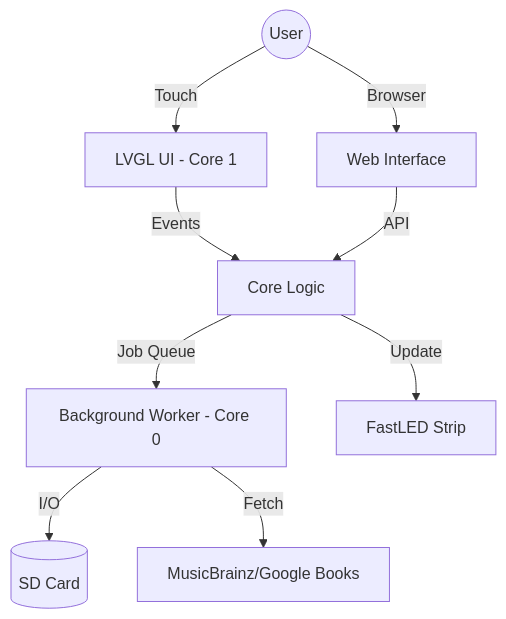
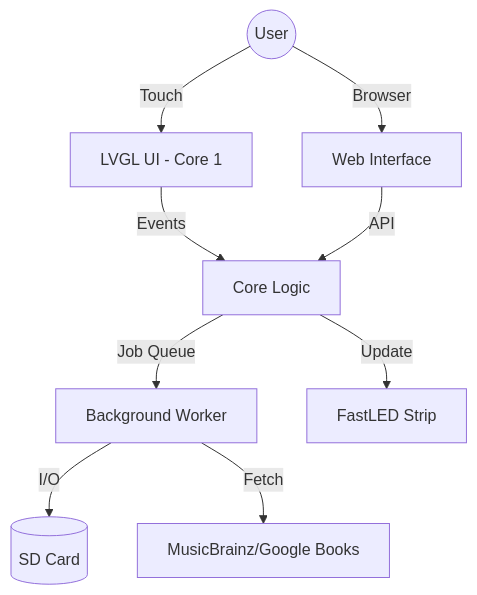
The first of 4 diagrams in README.md (mmustafaaslan/DigitalLibrarian), drawn with Mermaid before and after one commit. The commit also changed other lines of this file and 23 other files, not shown here.

````diff
--- a/README.md
+++ b/README.md
@@ -108,14 +110,14 @@
 ```mermaid
 graph TD
     User((User)) -->|Touch| UI[LVGL UI - Core 1]
     User -->|Browser| Web[Web Interface]
     
     UI -->|Events| Core[Core Logic]
     Web -->|API| Core
     
-    Core -->|Job Queue| BW[Background Worker - Core 0]
+    Core -->|Job Queue| BW[Background Worker]
     BW -->|I/O| SD[(SD Card)]
     BW -->|Fetch| API[MusicBrainz/Google Books]
     
     Core -->|Update| LED[FastLED Strip]
 ```
````
